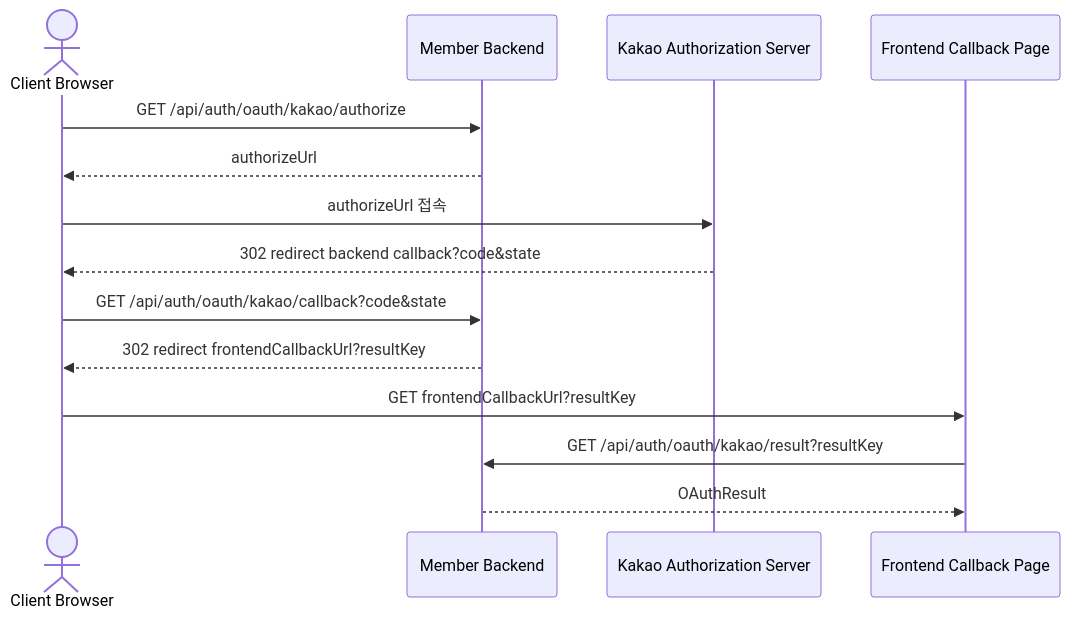
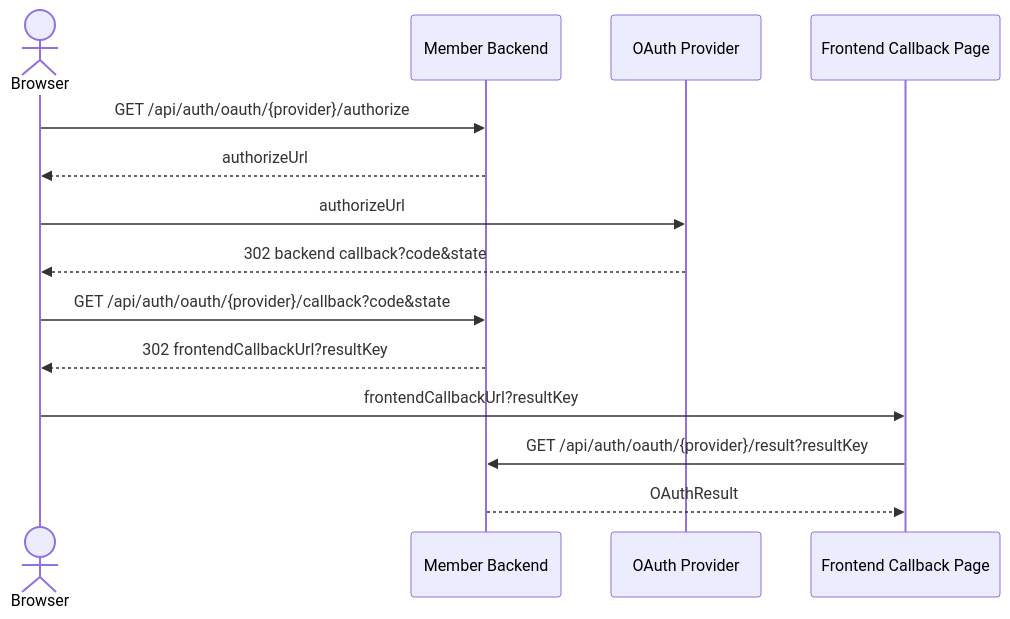
The third of 3 diagrams in docs/service/member/auth.md (sihoney/GoodsMall_BE), drawn with Mermaid before and after one commit. The commit also changed other lines of this file, not shown here.

````diff
--- a/docs/service/member/auth.md
+++ b/docs/service/member/auth.md
@@ -372,17 +232,17 @@
 ```mermaid
 sequenceDiagram
-    actor Browser as Client Browser
+    actor Browser
     participant Backend as Member Backend
-    participant Kakao as Kakao Authorization Server
+    participant Provider as OAuth Provider
     participant Frontend as Frontend Callback Page
 
-    Browser->>Backend: GET /api/auth/oauth/kakao/authorize
+    Browser->>Backend: GET /api/auth/oauth/{provider}/authorize
     Backend-->>Browser: authorizeUrl
-    Browser->>Kakao: authorizeUrl 접속
-    Kakao-->>Browser: 302 redirect backend callback?code&state
-    Browser->>Backend: GET /api/auth/oauth/kakao/callback?code&state
-    Backend-->>Browser: 302 redirect frontendCallbackUrl?resultKey
-    Browser->>Frontend: GET frontendCallbackUrl?resultKey
-    Frontend->>Backend: GET /api/auth/oauth/kakao/result?resultKey
+    Browser->>Provider: authorizeUrl
+    Provider-->>Browser: 302 backend callback?code&state
+    Browser->>Backend: GET /api/auth/oauth/{provider}/callback?code&state
+    Backend-->>Browser: 302 frontendCallbackUrl?resultKey
+    Browser->>Frontend: frontendCallbackUrl?resultKey
+    Frontend->>Backend: GET /api/auth/oauth/{provider}/result?resultKey
     Backend-->>Frontend: OAuthResult
 ```
````
